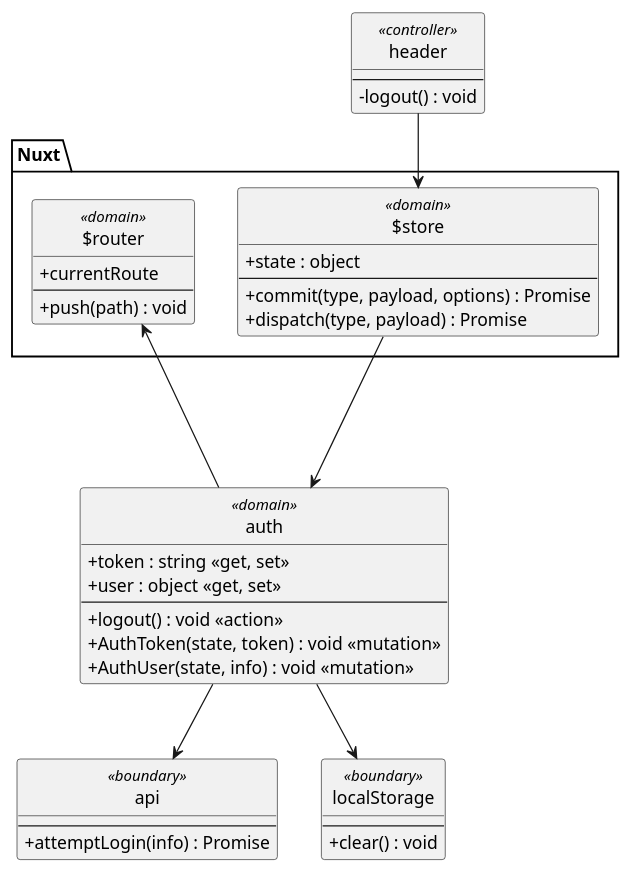
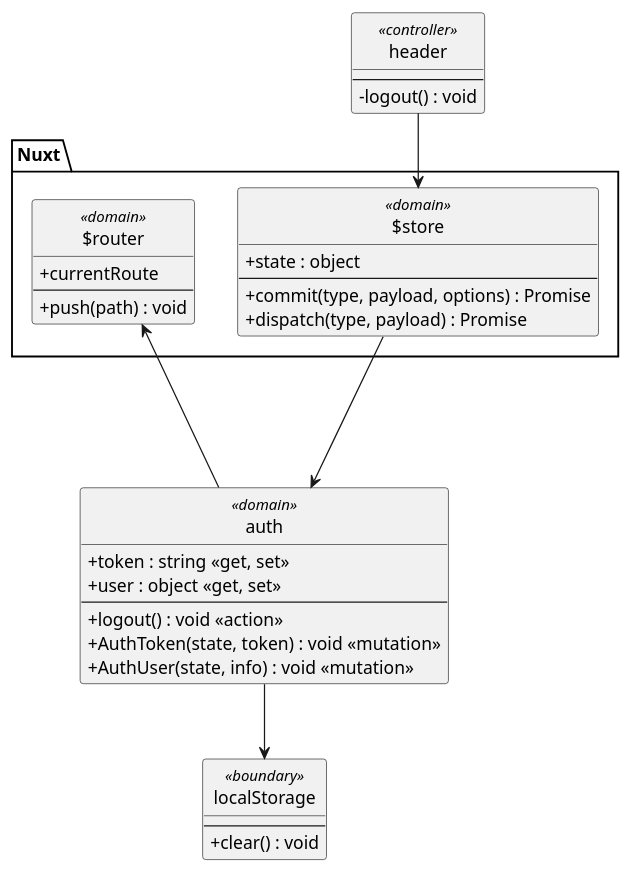
One commit to Phoenix1355/I4PRJ4-Web changed the diagram in docs/class-diagram-uc8.plantuml. Above: the diagram before and after it, drawn with PlantUML. The commit also changed 4 other files, not shown here.

Commit message:
Updated class diagrams

```diff
--- a/docs/class-diagram-uc8.plantuml
+++ b/docs/class-diagram-uc8.plantuml
@@ -1,55 +1,49 @@
 @startuml UC8-Logout
 
 skinparam shadowing false
 skinparam classAttributeIconSize 0
 skinparam monochrome true
 skinparam backgroundColor transparent
 skinparam style strictuml
 
 
 
 package Nuxt {
     class $router <<domain>> {
         + currentRoute
         --
         + push(path) : void
     }
 
     class $store <<domain>> {
         + state : object
         --
         + commit(type, payload, options) : Promise
         + dispatch(type, payload) : Promise
     }
 }
 
 class header <<controller>> {
     --
     - logout() : void
 }
 header-->$store
 
 class auth <<domain>> {
     + token : string <<get, set>>
     + user : object <<get, set>>
     --
     + logout() : void <<action>>
     + AuthToken(state, token) : void <<mutation>>
     + AuthUser(state, info) : void <<mutation>>
 }
 $store ---> auth
 auth --> $router
 
-class api <<boundary>> {
-    --
-    + attemptLogin(info) : Promise
-}
-auth --> api
-
 class localStorage <<boundary>> {
     --
     + clear() : void
 }
 auth --> localStorage
 
 @enduml
```
